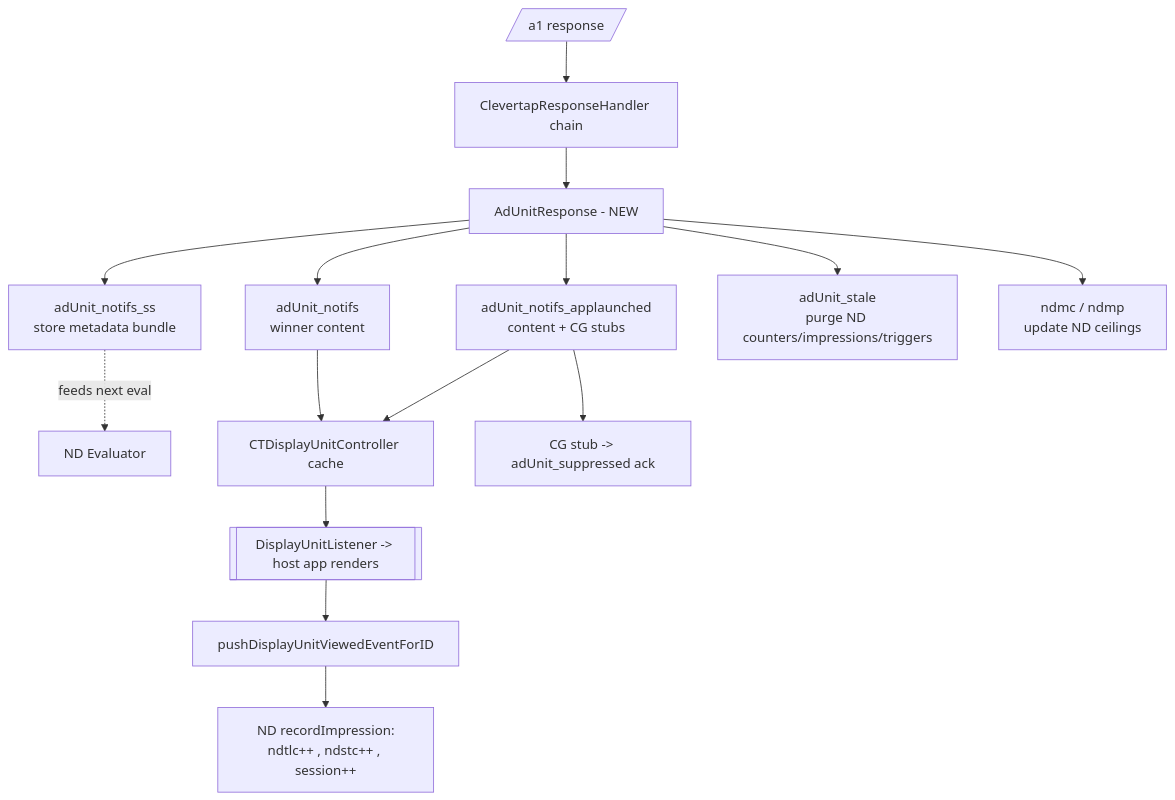
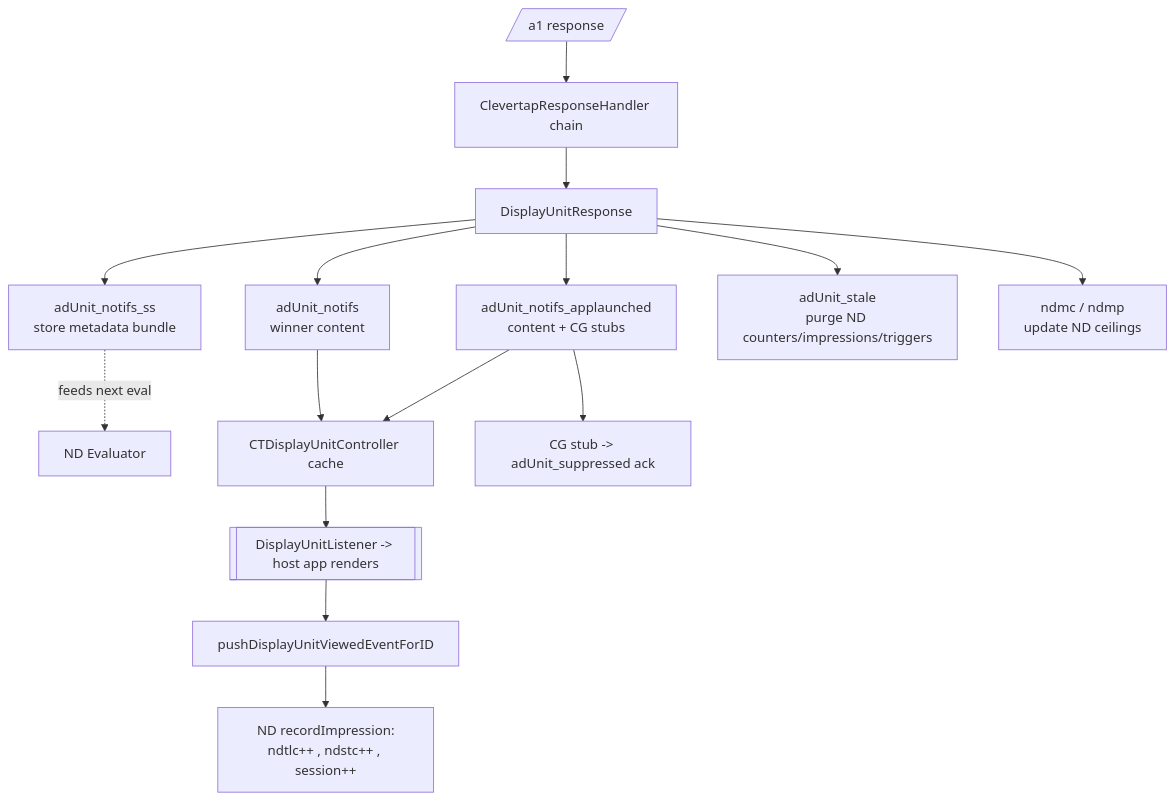
The second of 3 diagrams in docs/NativeDisplayFrequencyCaps.md (CleverTap/clevertap-android-sdk), drawn with Mermaid before and after one commit. The commit also changed other lines of this file and 7 other files, not shown here.

````diff
--- a/docs/NativeDisplayFrequencyCaps.md
+++ b/docs/NativeDisplayFrequencyCaps.md
@@ -244,17 +244,17 @@
 ```mermaid
 flowchart TD
     RESP[/a1 response/] --> CRH[ClevertapResponseHandler chain]
-    CRH --> NDR[AdUnitResponse - NEW]
+    CRH --> NDR[DisplayUnitResponse]
     NDR --> SS[adUnit_notifs_ss<br/>store metadata bundle]
     NDR --> AL[adUnit_notifs_applaunched<br/>content + CG stubs]
     NDR --> NF[adUnit_notifs<br/>winner content]
     NDR --> STALE[adUnit_stale<br/>purge ND counters/impressions/triggers]
     NDR --> CEIL[ndmc / ndmp<br/>update ND ceilings]
     SS -.feeds next eval.-> EVAL[ND Evaluator]
     AL --> CACHE[CTDisplayUnitController cache]
     NF --> CACHE
     AL --> ACK[CG stub -> adUnit_suppressed ack]
     CACHE --> APP[[DisplayUnitListener -> host app renders]]
     APP --> VIEW[pushDisplayUnitViewedEventForID]
     VIEW --> REC[ND recordImpression:<br/>ndtlc++ , ndstc++ , session++]
 ```
````
